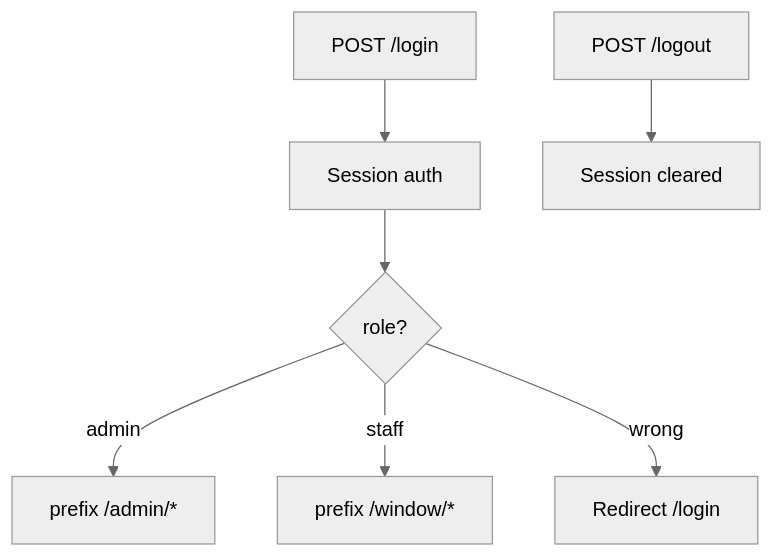
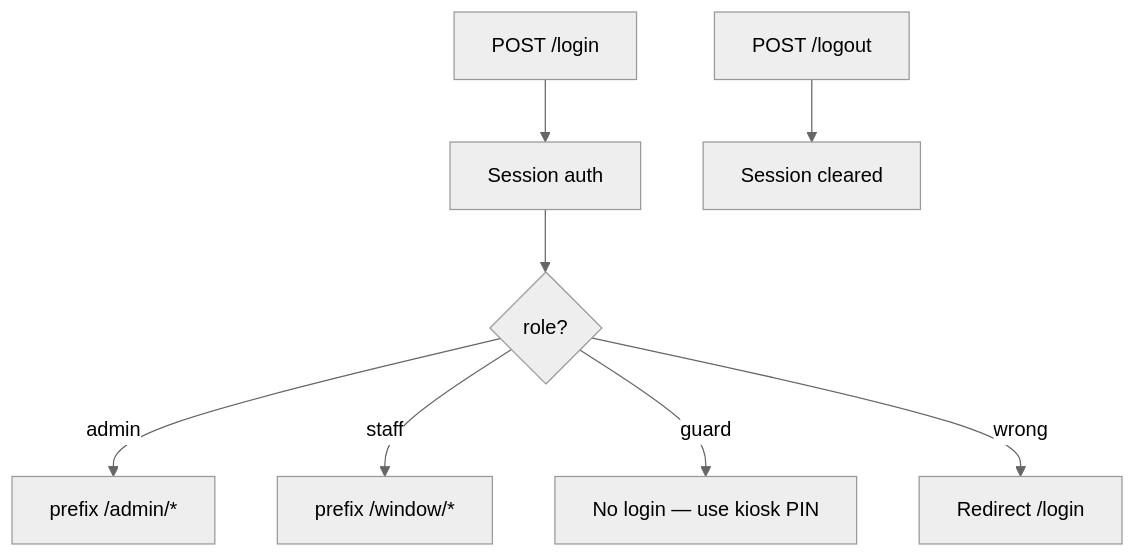
Before and after one commit to rhems95/queuing-system: diagram 12 of 12 in docs/system-flowchart.md, drawn with Mermaid (neutral theme). The commit also changed other lines of this file and 51 other files, not shown here.

First line of the commit message:
Add kiosk walk-in PIN and block Guard login.

````diff
--- a/docs/system-flowchart.md
+++ b/docs/system-flowchart.md
@@ -360,9 +389,10 @@
 ```mermaid
 flowchart TD
     L["POST /login"] --> Auth["Session auth"]
     Auth --> R1{"role?"}
     R1 -->|admin| ADM["prefix /admin/*"]
     R1 -->|staff| STF["prefix /window/*"]
+    R1 -->|guard| BLOCK["No login — use kiosk PIN"]
     R1 -->|wrong| DENY["Redirect /login"]
     LO["POST /logout"] --> OUT["Session cleared"]
 ```
````
